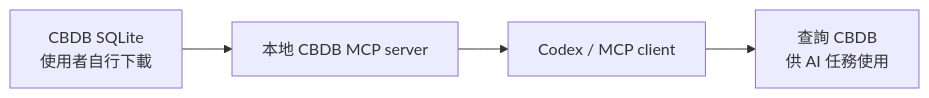
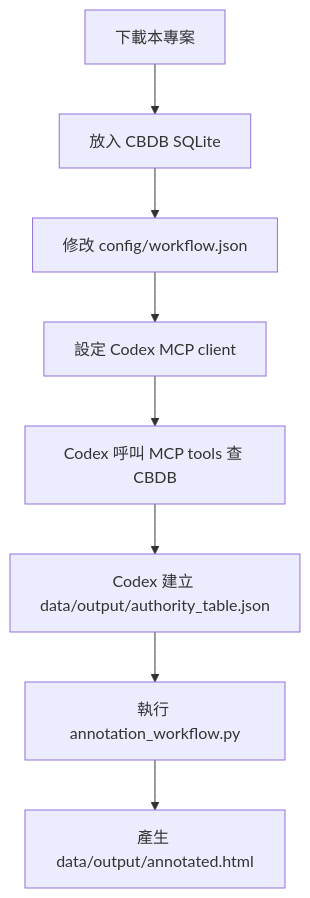
Before and after one commit to cclintw/cbdb-mcp-server-codex: the diagram in README.md, drawn with Mermaid. The commit also changed other lines of this file and 3 other files, not shown here.

Commit message:
Document full Codex annotation workflow

````diff
--- a/README.md
+++ b/README.md
@@ -25,6 +22,10 @@
 ```mermaid
-flowchart LR
-    A["CBDB SQLite<br>使用者自行下載"] --> B["本地 CBDB MCP server"]
-    B --> C["Codex / MCP client"]
-    C --> D["查詢 CBDB<br>供 AI 任務使用"]
+flowchart TD
+    A["下載本專案"] --> B["放入 CBDB SQLite"]
+    B --> C["修改 config/workflow.json"]
+    C --> D["設定 Codex MCP client"]
+    D --> E["Codex 呼叫 MCP tools 查 CBDB"]
+    E --> F["Codex 建立 data/output/authority_table.json"]
+    F --> G["執行 annotation_workflow.py"]
+    G --> H["產生 data/output/annotated.html"]
 ```
````
